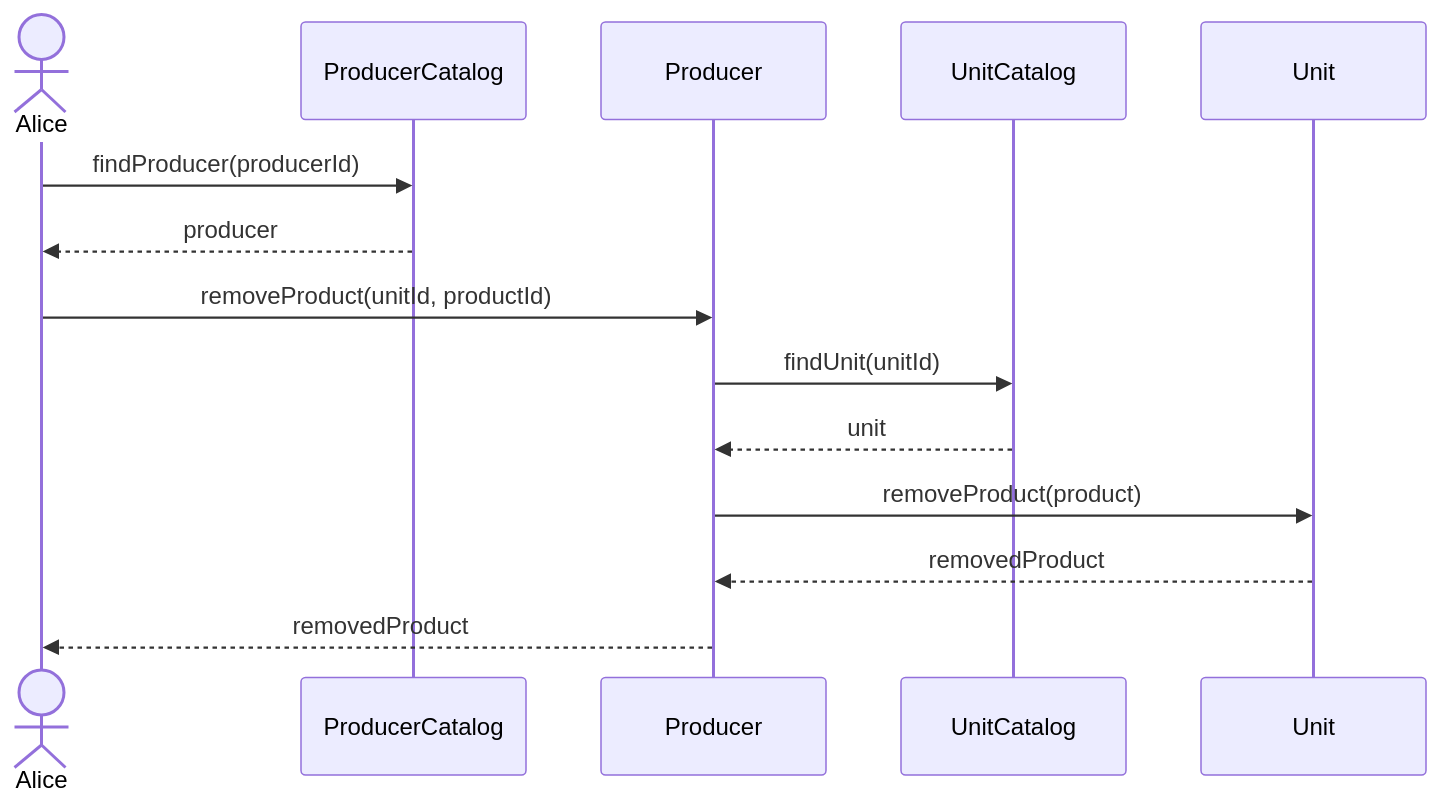
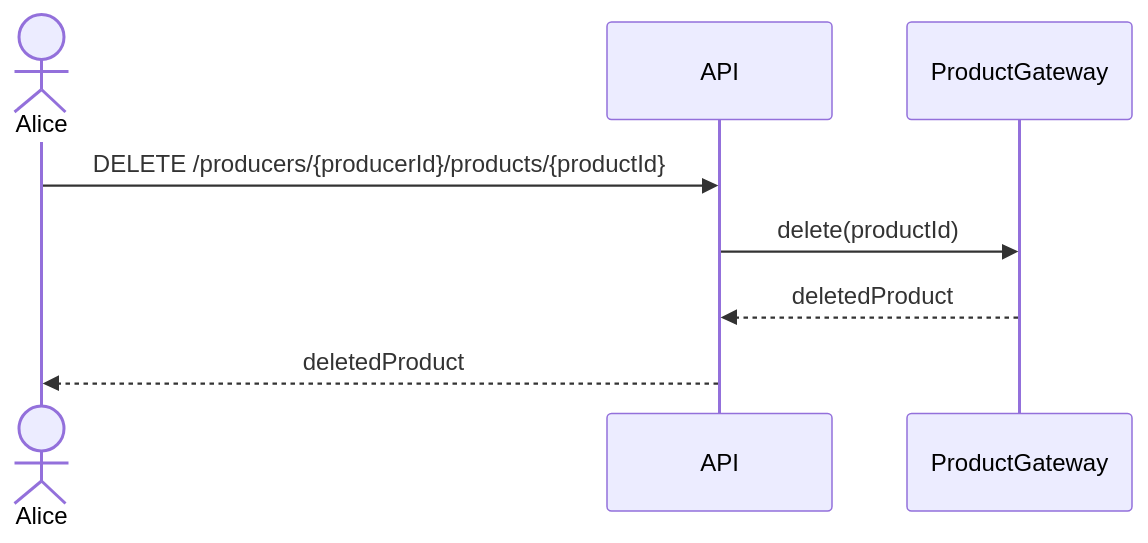
Diagram 24 of 32 in sequence.md (hivetown/planning), drawn with Mermaid before and after one commit. The commit also changed other lines of this file, not shown here.

Commit message:
diagramas de sequência

````diff
--- a/sequence.md
+++ b/sequence.md
@@ -811,21 +827,13 @@
 ```mermaid
 sequenceDiagram
     actor A as Alice
-    participant PC as ProducerCatalog
-    participant P as Producer
-    participant UC as UnitCatalog
-    participant U as Unit
+    participant API as API
+    participant PG as ProductGateway
 
-    A ->> PC: findProducer(producerId)
-    PC -->> A: producer
+    A ->> API: DELETE /producers/{producerId}/products/{productId}
 
-    A ->> P: removeProduct(unitId, productId)
+    API ->> PG: delete(productId)
+    PG -->> API: deletedProduct
 
-    P ->> UC: findUnit(unitId)
-    UC -->> P: unit
-    
-    P ->> U: removeProduct(product)
-    U -->> P: removedProduct
-
-    P -->> A: removedProduct
+    API -->> A: deletedProduct
 ```
````
